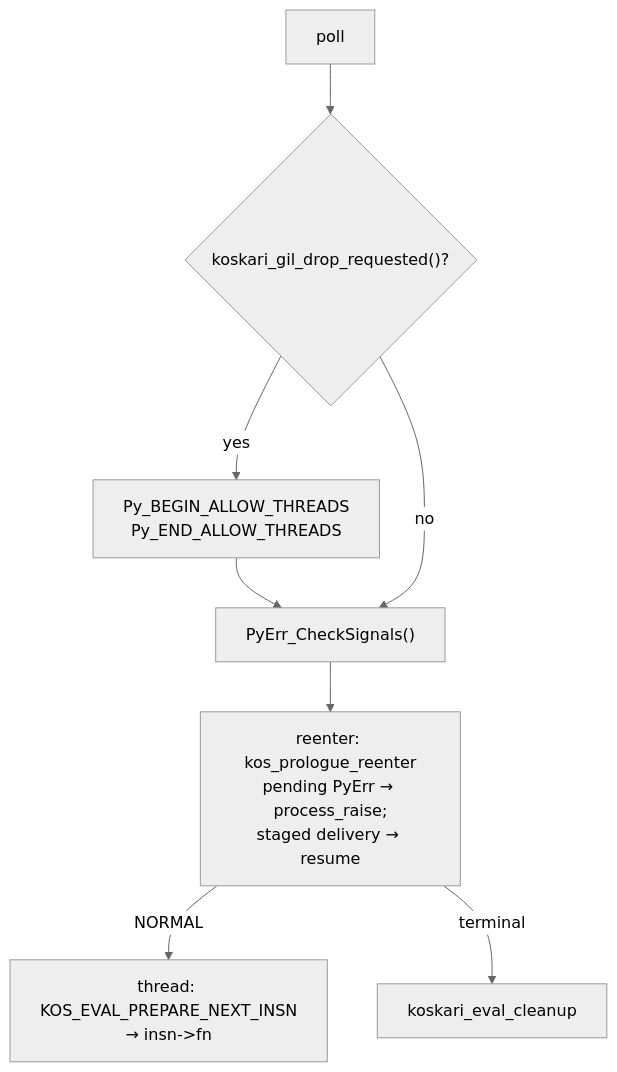
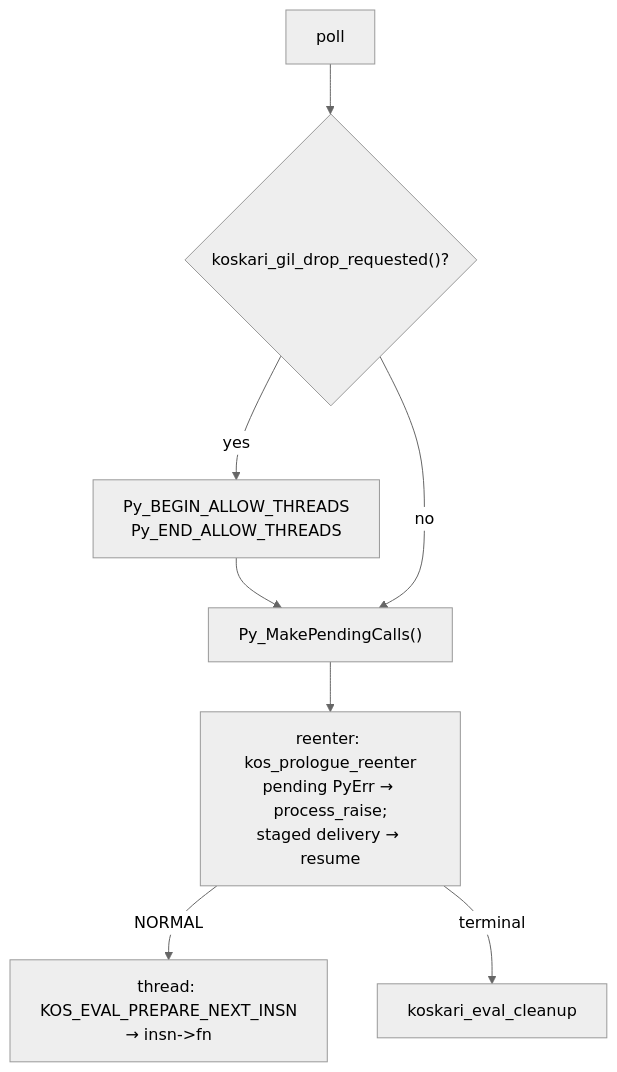
The second of 12 diagrams in design/EVALUATOR.md (koskari-lang/koskari), drawn with Mermaid (neutral theme) before and after one commit. The commit also changed other lines of this file and 10 other files, not shown here.

````diff
--- a/design/EVALUATOR.md
+++ b/design/EVALUATOR.md
@@ -216,16 +217,16 @@
 ```mermaid
 flowchart TD
     poll["poll"]
     drop{"koskari_gil_drop_requested()?"}
     gil["Py_BEGIN_ALLOW_THREADS<br/>Py_END_ALLOW_THREADS"]
-    sig["PyErr_CheckSignals()"]
+    sig["Py_MakePendingCalls()"]
     reenter["reenter: kos_prologue_reenter<br/>pending PyErr → process_raise;<br/>staged delivery → resume"]
     dispatch["thread: KOS_EVAL_PREPARE_NEXT_INSN<br/>→ insn->fn"]
 
     poll --> drop
     drop -->|yes| gil --> sig
     drop -->|no| sig
     sig --> reenter
     reenter -->|NORMAL| dispatch
     reenter -->|terminal| stop["koskari_eval_cleanup"]
 ```
````
